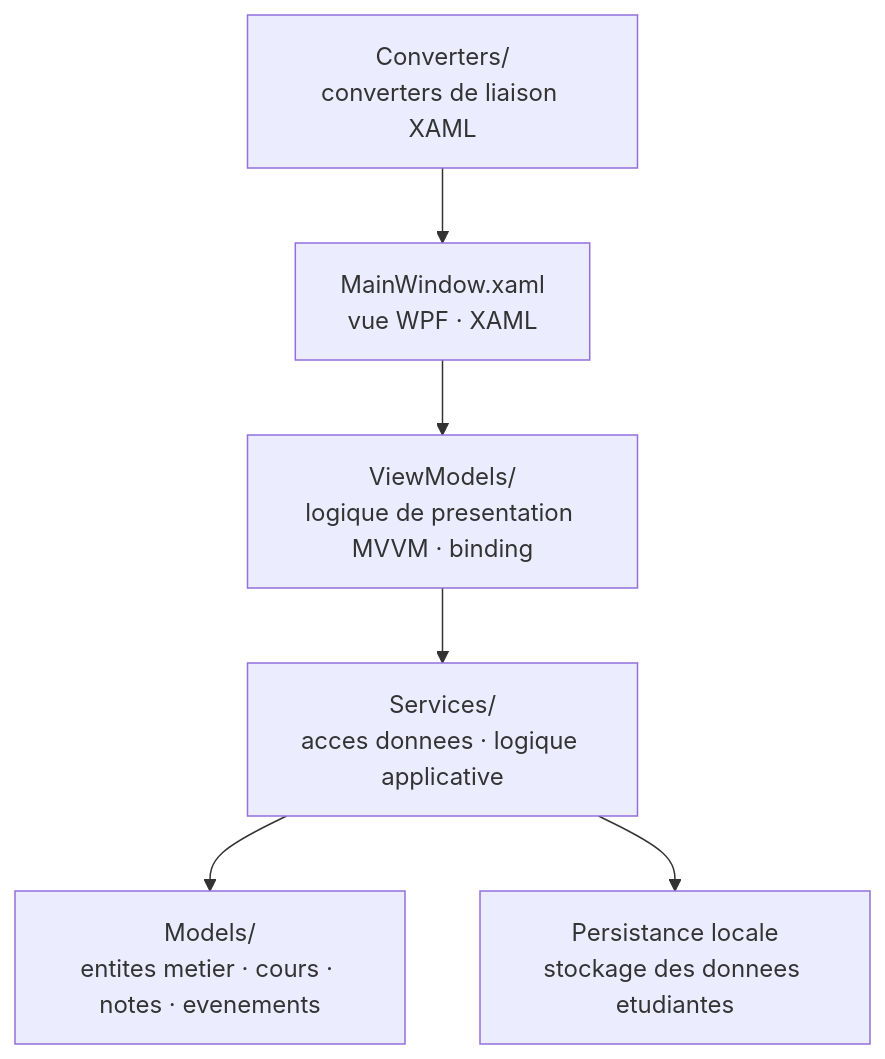
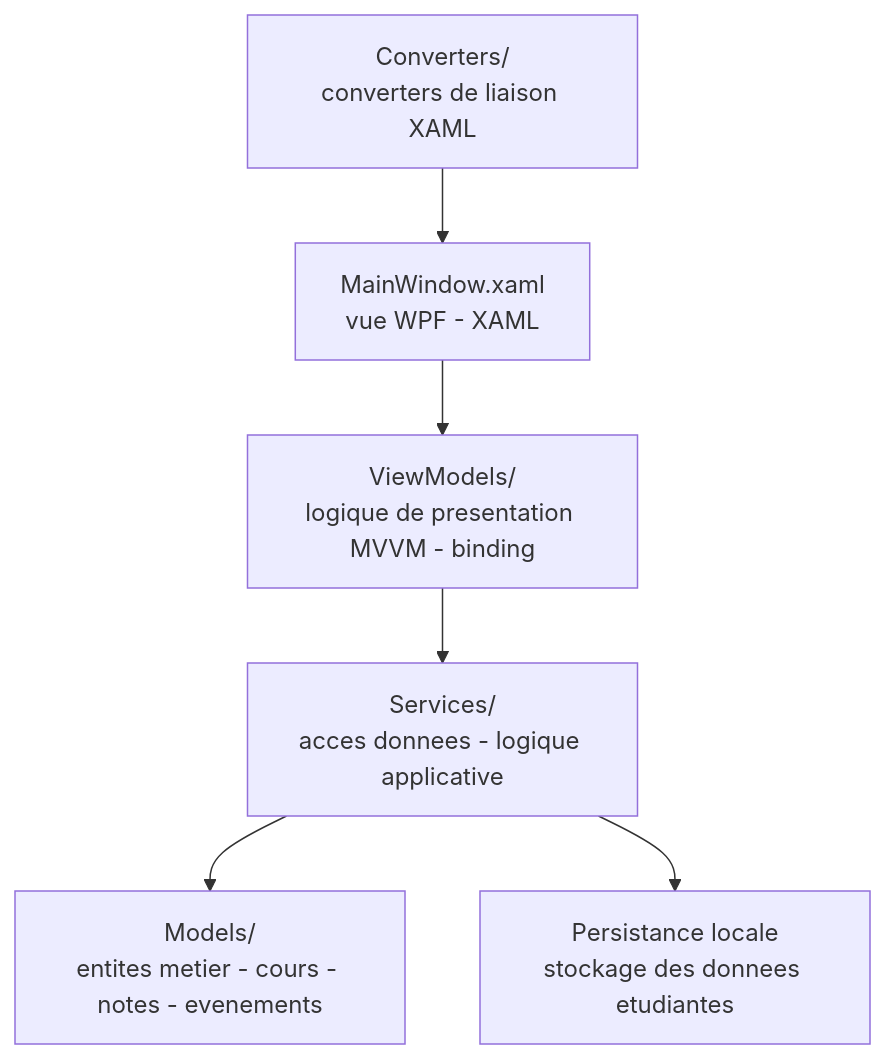
The diagram in README.md (Adam-Blf/EtudiantOS), drawn with Mermaid before and after one commit. The commit also changed other lines of this file, not shown here.

````diff
--- a/README.md
+++ b/README.md
@@ -18,14 +18,14 @@
 ```mermaid
 flowchart TB
-    A["MainWindow.xaml<br/>vue WPF · XAML"]
+    A["MainWindow.xaml<br/>vue WPF - XAML"]
     B["Converters/<br/>converters de liaison XAML"]
-    C["ViewModels/<br/>logique de presentation MVVM · binding"]
-    D["Services/<br/>acces donnees · logique applicative"]
-    E["Models/<br/>entites metier · cours · notes · evenements"]
+    C["ViewModels/<br/>logique de presentation MVVM - binding"]
+    D["Services/<br/>acces donnees - logique applicative"]
+    E["Models/<br/>entites metier - cours - notes - evenements"]
     F["Persistance locale<br/>stockage des donnees etudiantes"]
     A --> C
     B --> A
     C --> D
     D --> E
     D --> F
 ```
````
